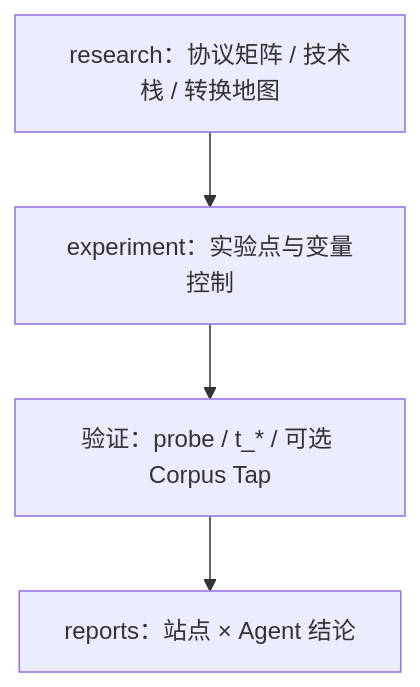
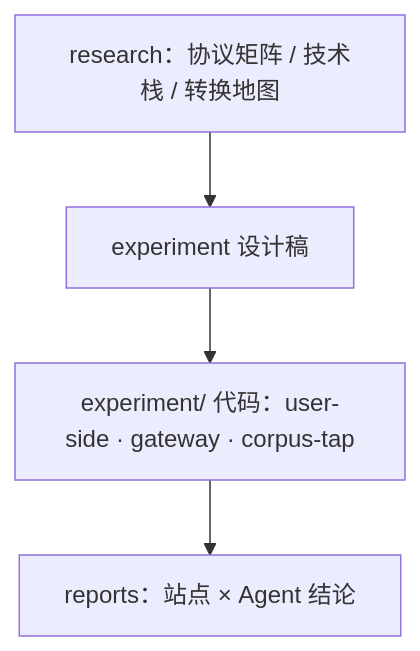
One commit to manwjh/api_compatible changed the diagram in README.md. Above: the diagram before and after it, drawn with Mermaid. The commit also changed other lines of this file and 48 other files, not shown here.

````diff
--- a/README.md
+++ b/README.md
@@ -58,9 +53,9 @@
 ```mermaid
 flowchart TD
   R["research：协议矩阵 / 技术栈 / 转换地图"]
-  E["experiment：实验点与变量控制"]
-  V["验证：probe / t_* / 可选 Corpus Tap"]
+  E["experiment 设计稿"]
+  V["experiment/ 代码：user-side · gateway · corpus-tap"]
   P["reports：站点 × Agent 结论"]
 
   R --> E --> V --> P
 ```
````
